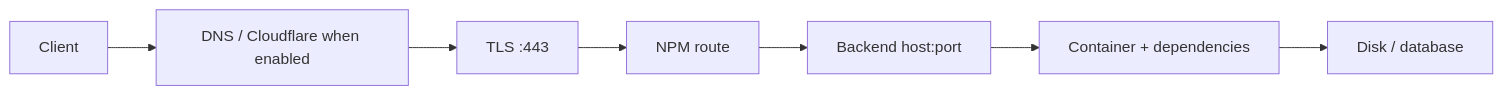
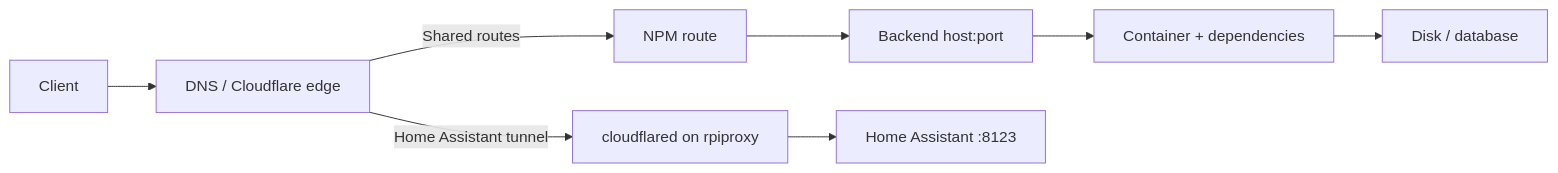
The diagram in docs/operations.md (viseshrp/homelab), drawn with Mermaid before and after one commit. The commit also changed other lines of this file and 16 other files, not shown here.

Commit message:
Add Home Assistant tunnel and HACS setup

````diff
--- a/docs/operations.md
+++ b/docs/operations.md
@@ -108,4 +108,6 @@
 ```mermaid
 flowchart LR
-    client["Client"] --> dns["DNS / Cloudflare when enabled"] --> tls["TLS :443"] --> npm["NPM route"] --> backend["Backend host:port"] --> app["Container + dependencies"] --> state["Disk / database"]
+    client["Client"] --> edge["DNS / Cloudflare edge"]
+    edge -->|"Shared routes"| npm["NPM route"] --> backend["Backend host:port"] --> app["Container + dependencies"] --> state["Disk / database"]
+    edge -->|"Home Assistant tunnel"| tunnel["cloudflared on rpiproxy"] --> hass["Home Assistant :8123"]
 ```
````
